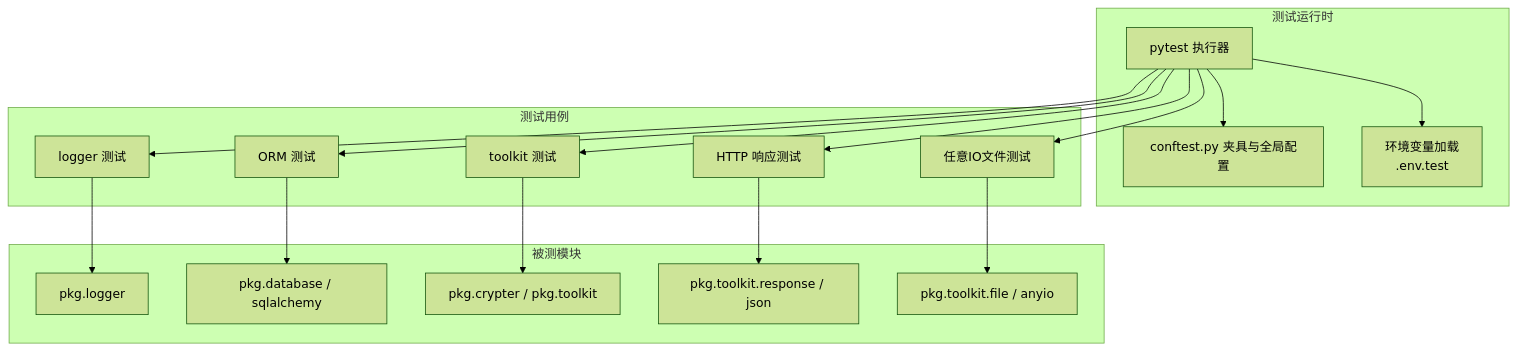
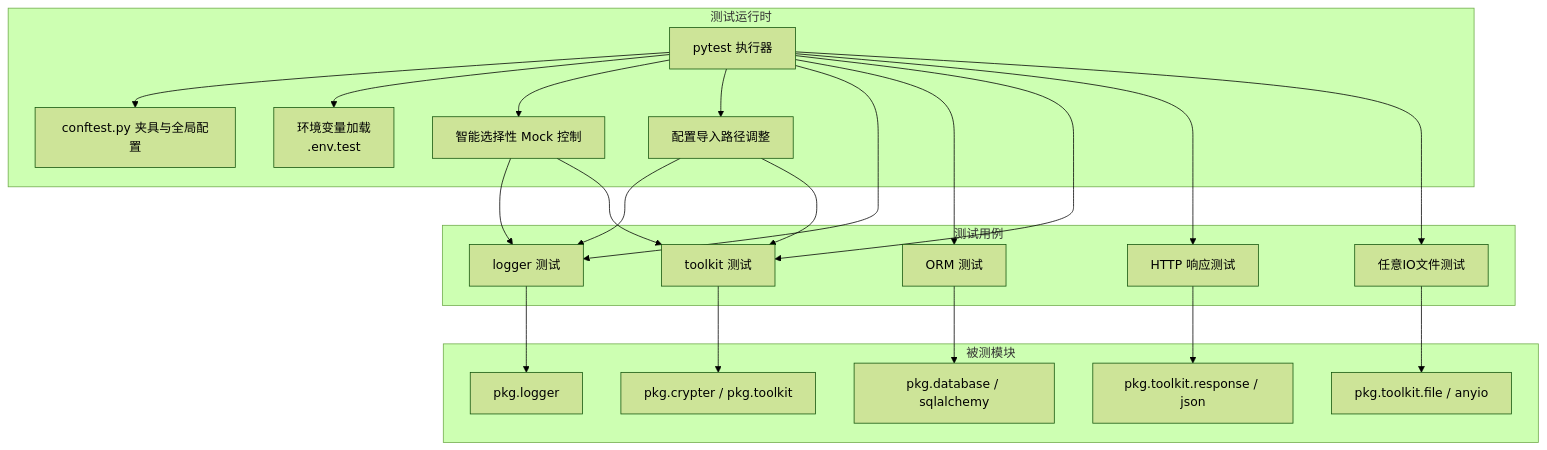
The second of 4 diagrams in .qoder/repowiki/zh/content/测试策略/测试配置.md (lilinzezzzzzz/fastapi-backend), drawn with Mermaid (forest theme) before and after one commit. The commit also changed other lines of this file and 42 other files, not shown here.

````diff
--- a/.qoder/repowiki/zh/content/测试策略/测试配置.md
+++ b/.qoder/repowiki/zh/content/测试策略/测试配置.md
@@ -95,34 +125,42 @@
 ```mermaid
 graph TB
 subgraph "测试运行时"
 P["pytest 执行器"]
 CF["conftest.py 夹具与全局配置"]
 ENV["环境变量加载<br/>.env.test"]
+SM["智能选择性 Mock 控制"]
+CI["配置导入路径调整"]
 end
 subgraph "测试用例"
 T1["logger 测试"]
 T2["ORM 测试"]
 T3["toolkit 测试"]
 T4["HTTP 响应测试"]
 T5["任意IO文件测试"]
 end
 subgraph "被测模块"
 M1["pkg.logger"]
 M2["pkg.database / sqlalchemy"]
 M3["pkg.crypter / pkg.toolkit"]
 M4["pkg.toolkit.response / json"]
 M5["pkg.toolkit.file / anyio"]
 end
 P --> CF
 P --> ENV
+P --> SM
+P --> CI
 P --> T1
 P --> T2
 P --> T3
 P --> T4
 P --> T5
 T1 --> M1
 T2 --> M2
 T3 --> M3
 T4 --> M4
 T5 --> M5
+SM --> T1
+SM --> T3
+CI --> T1
+CI --> T3
 ```
````
